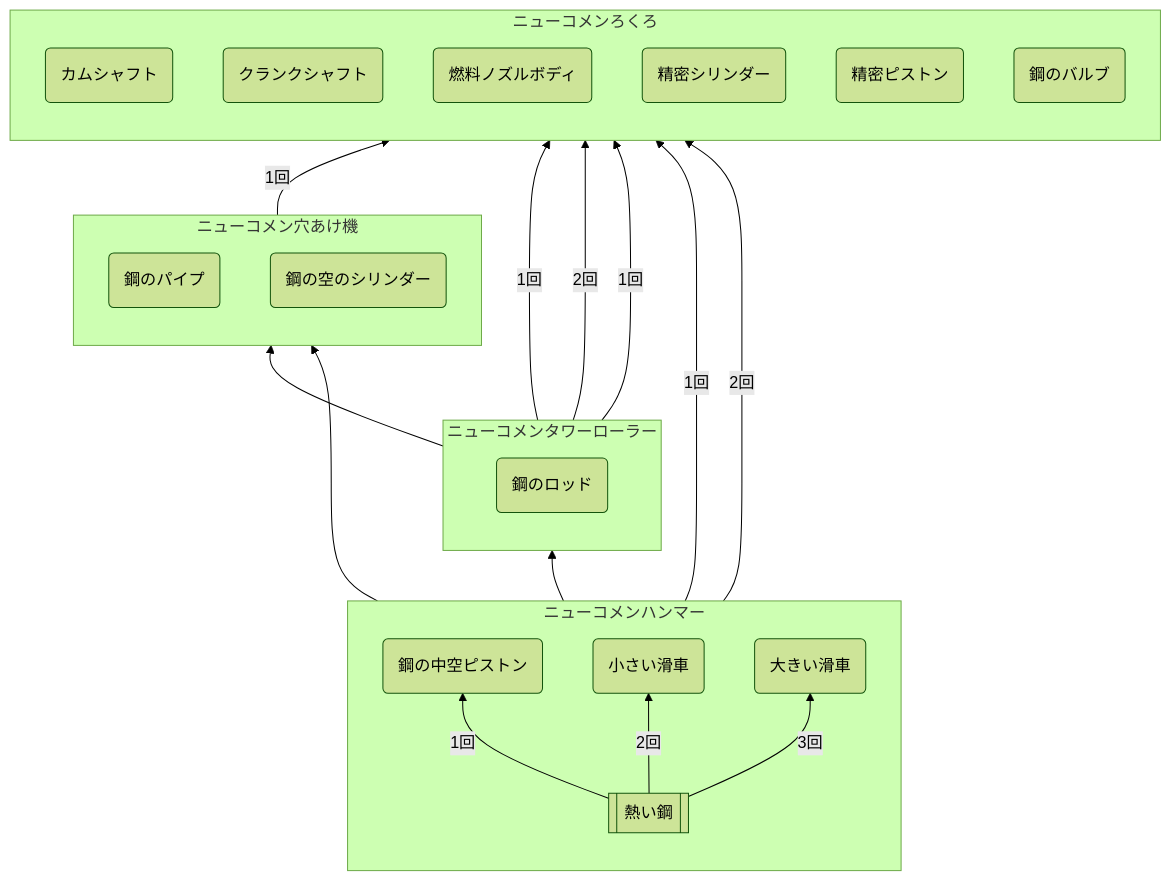
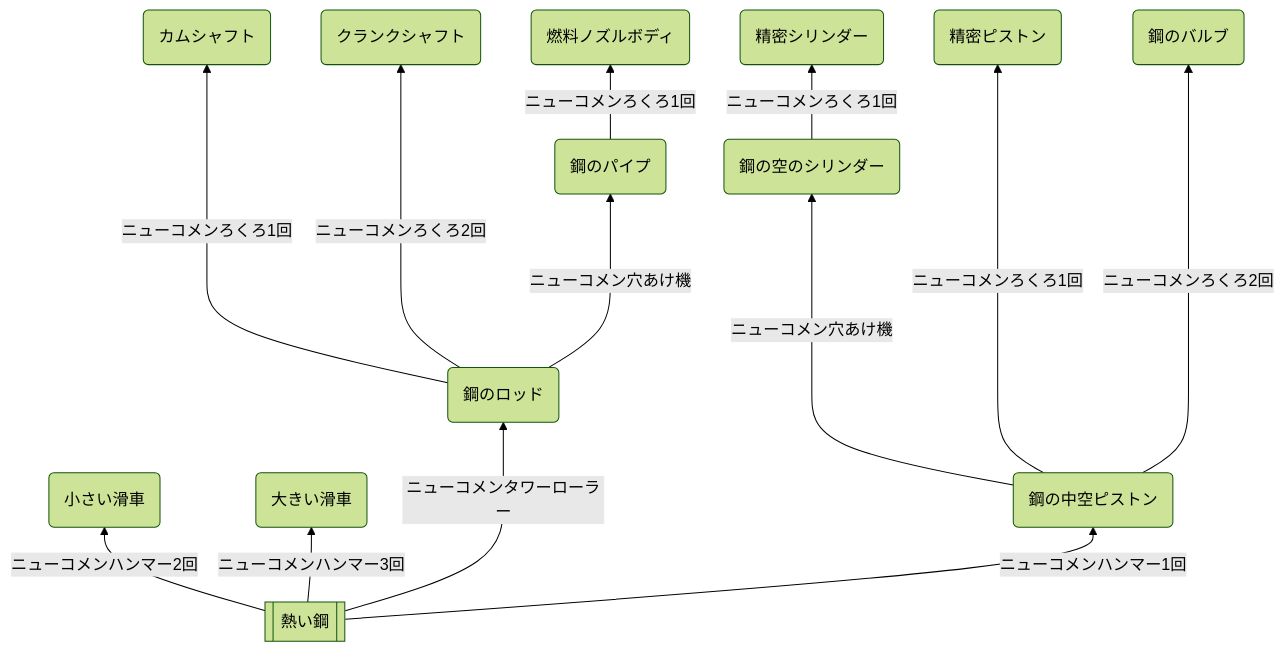
One commit to aya-0p/yah-craft-recipe changed the diagram in Engine-parts.md. Above: the diagram before and after it, drawn with Mermaid (forest theme).

````diff
--- a/Engine-parts.md
+++ b/Engine-parts.md
@@ -3,37 +3,29 @@
 ```mermaid
 flowchart BT
 aa[[熱い鋼]]
 
-subgraph ca [ニューコメンハンマー]
-direction BT
-aa -->|1回| be(鋼の中空ピストン)
-aa -->|2回| bf(小さい滑車)
-aa -->|3回| bg(大きい滑車)
-end
 
-subgraph cb [ニューコメンタワーローラー]
-direction BT
-aa --> ba(鋼のロッド)
-end
+aa --->|ニューコメンタワーローラー| ba(鋼のロッド)
 
-subgraph cc [ニューコメン穴あけ機]
-direction BT
-ba --> bb(鋼のパイプ)
-be --> bh(鋼の空のシリンダー)
-end
+aa -->|ニューコメンハンマー2回| bf(小さい滑車)
+aa -->|ニューコメンハンマー3回| bg(大きい滑車)
+aa -->|ニューコメンハンマー1回| be(鋼の中空ピストン)
 
-subgraph cd [ニューコメンろくろ]
-direction BT
-ba -->|1回| bc(カムシャフト)
-ba -->|2回| bd(クランクシャフト)
-ba -->|1回| bj(燃料ノズルボディ)
-bh -->|1回| bi(精密シリンダー)
-be -->|1回| bk(精密ピストン)
-be -->|2回| bl(鋼のバルブ)
-end
+
+ba ---->|ニューコメンろくろ1回| bc(カムシャフト)
+ba ---->|ニューコメンろくろ2回| bd(クランクシャフト)
+
+ba --->|ニューコメン穴あけ機| bb(鋼のパイプ)
+bb -->|ニューコメンろくろ1回| bj(燃料ノズルボディ)
+
+bh -->|ニューコメンろくろ1回| bi(精密シリンダー)
+
+be ---->|ニューコメン穴あけ機| bh(鋼の空のシリンダー)
+be ----->|ニューコメンろくろ1回| bk(精密ピストン)
+be ----->|ニューコメンろくろ2回| bl(鋼のバルブ)
 
 
 
 
 
 ```
````
